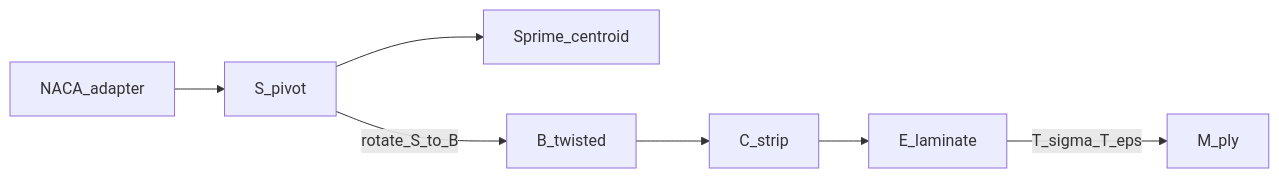
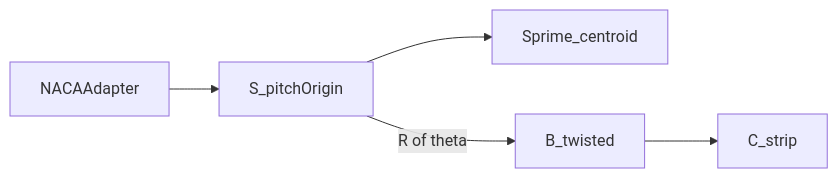
Before and after one commit to samhughes-fea/implicit-geometry-kernel: the diagram in docs/frames/README.md, drawn with Mermaid. The commit also changed other lines of this file and 589 other files, not shown here.

````diff
--- a/docs/frames/README.md
+++ b/docs/frames/README.md
@@ -59,9 +47,7 @@
 ```mermaid
 flowchart LR
-  NACA[NACA_adapter] --> S[S_pivot]
+  NACA[NACAAdapter] --> S[S_pitchOrigin]
   S --> Sp[Sprime_centroid]
-  S -->|"rotate_S_to_B"| B[B_twisted]
+  S -->|"R of theta"| B[B_twisted]
   B --> C[C_strip]
-  C --> E[E_laminate]
-  E -->|"T_sigma_T_eps"| M[M_ply]
 ```
````
